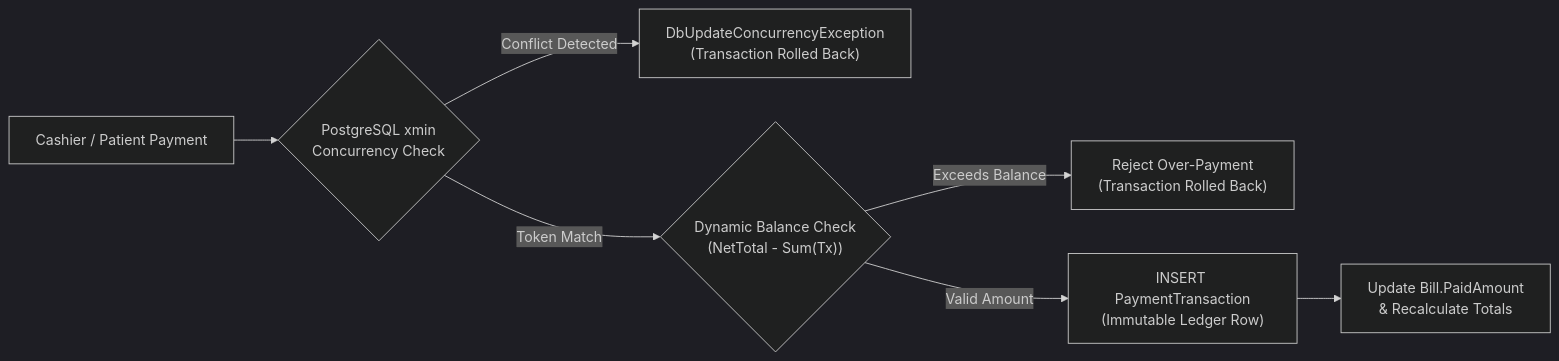
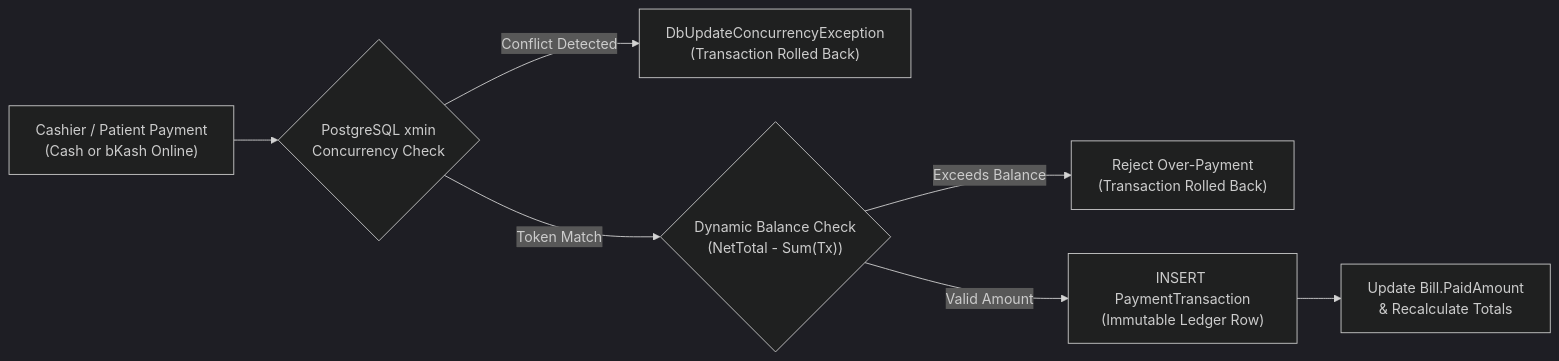
One commit to nafi103/Hospital-Management-System changed the fourth of 4 diagrams in docs/ARCHITECTURE.md. Above: the diagram before and after it, drawn with Mermaid (dark theme). The commit also changed other lines of this file and 15 other files, not shown here.

````diff
--- a/docs/ARCHITECTURE.md
+++ b/docs/ARCHITECTURE.md
@@ -159,9 +169,9 @@
 ```mermaid
 flowchart LR
-    Payment["Cashier / Patient Payment"] --> ConcurrencyCheck{"PostgreSQL xmin<br/>Concurrency Check"}
+    Payment["Cashier / Patient Payment<br/>(Cash or bKash Online)"] --> ConcurrencyCheck{"PostgreSQL xmin<br/>Concurrency Check"}
     ConcurrencyCheck -- "Conflict Detected" --> ConcurrencyException["DbUpdateConcurrencyException<br/>(Transaction Rolled Back)"]
     ConcurrencyCheck -- "Token Match" --> BalanceVerify{"Dynamic Balance Check<br/>(NetTotal - Sum(Tx))"}
     BalanceVerify -- "Exceeds Balance" --> OverpayAbort["Reject Over-Payment<br/>(Transaction Rolled Back)"]
     BalanceVerify -- "Valid Amount" --> LedgerInsert["INSERT PaymentTransaction<br/>(Immutable Ledger Row)"]
     LedgerInsert --> BillUpdate["Update Bill.PaidAmount<br/>& Recalculate Totals"]
 ```
````
